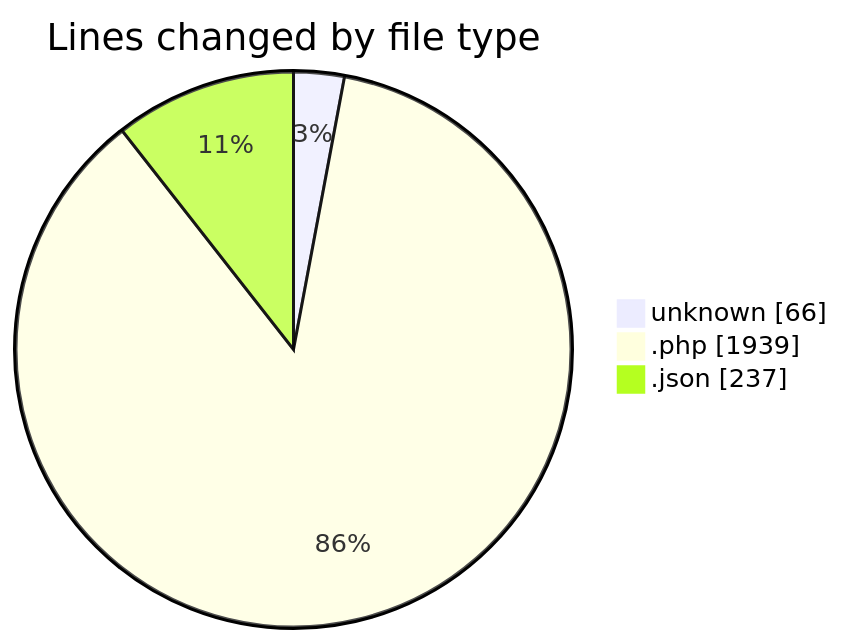
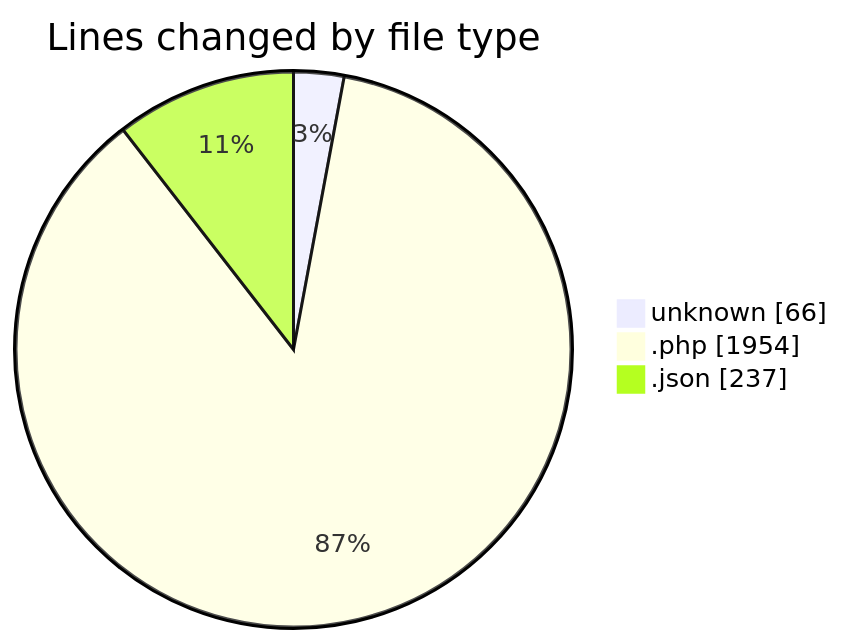
Before and after one commit to idhammustaqopulfikri/code-tracking: the first of 2 diagrams in 2025-05-15/bookingpodcas/README.md, drawn with Mermaid. The commit also changed other lines of this file and 1 other file, not shown here.

````diff
--- a/2025-05-15/bookingpodcas/README.md
+++ b/2025-05-15/bookingpodcas/README.md
@@ -26,7 +26,7 @@
 ```mermaid
 pie showData
 title Lines changed by file type
 "unknown" : 66
-".php" : 1939
+".php" : 1954
 ".json" : 237
 ```
````
